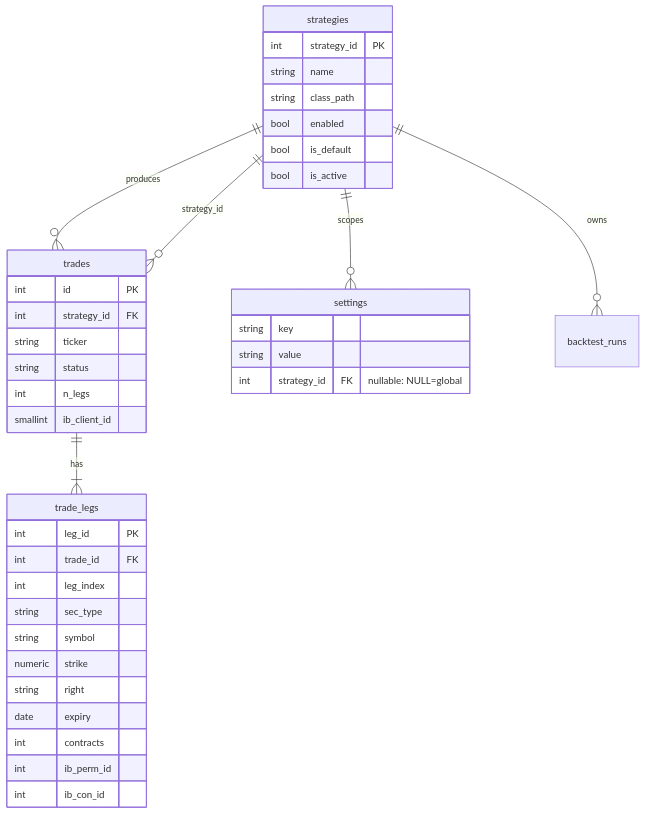
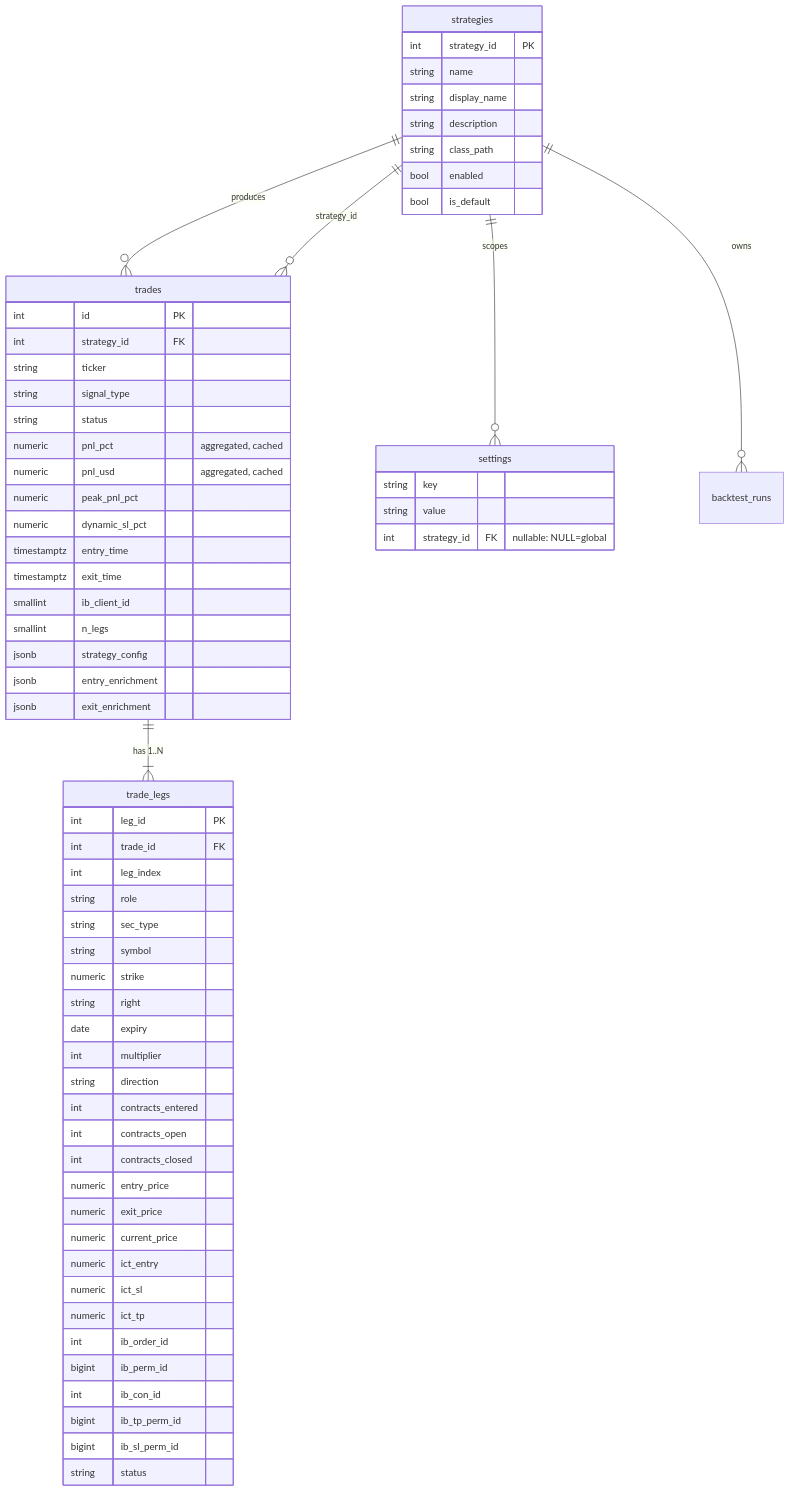
One commit to zdahbour1/ict-bot changed the first of 3 diagrams in docs/multi_strategy_architecture_v2.md. Above: the diagram before and after it, drawn with Mermaid. The commit also changed other lines of this file, not shown here.

Commit message:
docs: multi-strategy v2 rev 2 — big-bang trades→legs migration + per-strategy trade policy

````diff
--- a/docs/multi_strategy_architecture_v2.md
+++ b/docs/multi_strategy_architecture_v2.md
@@ -195,43 +479,69 @@
 ```mermaid
 erDiagram
     strategies ||--o{ trades : produces
     strategies ||--o{ settings : scopes
     strategies ||--o{ backtest_runs : owns
-    trades ||--|{ trade_legs : has
+    trades ||--|{ trade_legs : "has 1..N"
     trades }o--|| strategies : strategy_id
 
     strategies {
         int    strategy_id PK
         string name
+        string display_name
+        string description
         string class_path
         bool   enabled
         bool   is_default
-        bool   is_active
     }
     trades {
-        int    id PK
-        int    strategy_id FK
-        string ticker
-        string status
-        int    n_legs
+        int      id PK
+        int      strategy_id FK
+        string   ticker
+        string   signal_type
+        string   status
+        numeric  pnl_pct "aggregated, cached"
+        numeric  pnl_usd "aggregated, cached"
+        numeric  peak_pnl_pct
+        numeric  dynamic_sl_pct
+        timestamptz entry_time
+        timestamptz exit_time
         smallint ib_client_id
+        smallint n_legs
+        jsonb    strategy_config
+        jsonb    entry_enrichment
+        jsonb    exit_enrichment
     }
     trade_legs {
-        int    leg_id PK
-        int    trade_id FK
-        int    leg_index
-        string sec_type
-        string symbol
+        int     leg_id PK
+        int     trade_id FK
+        int     leg_index
+        string  role
+        string  sec_type
+        string  symbol
         numeric strike
-        string right
-        date   expiry
-        int    contracts
-        int    ib_perm_id
-        int    ib_con_id
+        string  right
+        date    expiry
+        int     multiplier
+        string  direction
+        int     contracts_entered
+        int     contracts_open
+        int     contracts_closed
+        numeric entry_price
+        numeric exit_price
+        numeric current_price
+        numeric ict_entry
+        numeric ict_sl
+        numeric ict_tp
+        int     ib_order_id
+        bigint  ib_perm_id
+        int     ib_con_id
+        bigint  ib_tp_perm_id
+        bigint  ib_sl_perm_id
+        string  status
     }
     settings {
         string key
         string value
         int    strategy_id FK "nullable: NULL=global"
     }
 ```
````
